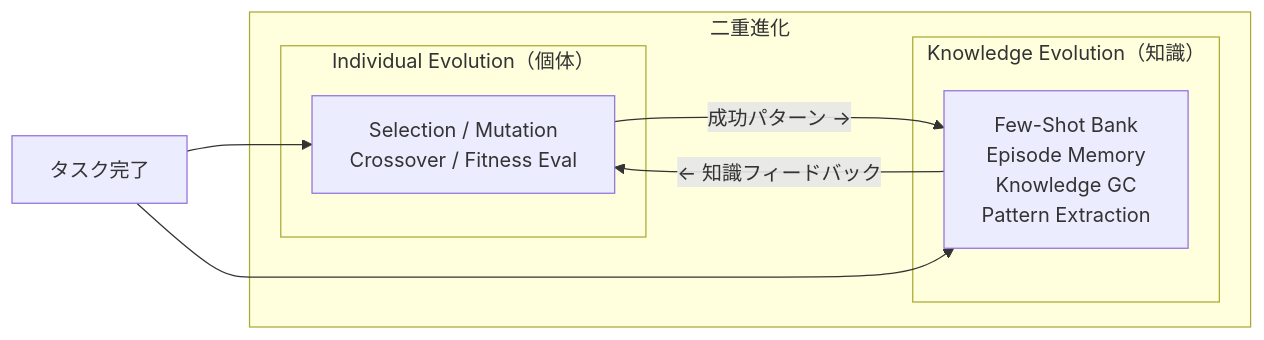
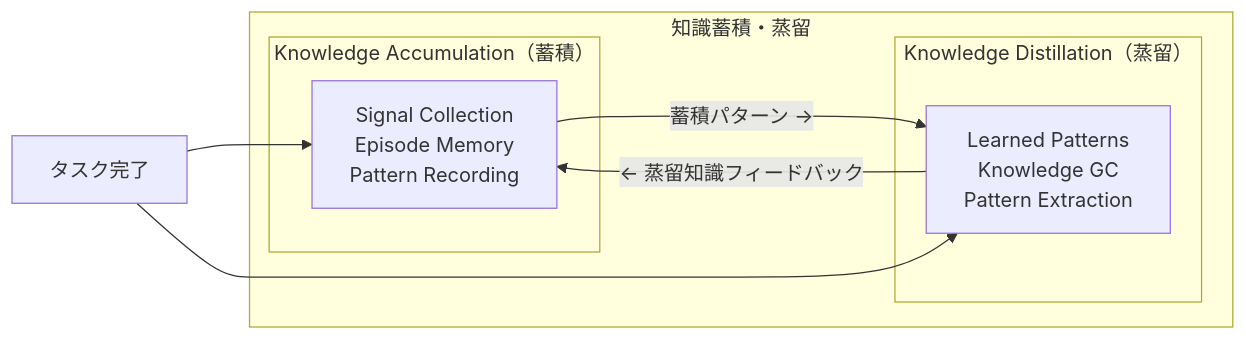
The second of 2 diagrams in docs/design.md (skaji18/tanebi), drawn with Mermaid before and after one commit. The commit also changed other lines of this file and 7 other files, not shown here.

Commit message:
docs: Rebrand TANEBI from persona-evolution to knowledge-accumulation

````diff
--- a/docs/design.md
+++ b/docs/design.md
@@ -605,15 +601,15 @@
 ```mermaid
 graph LR
-    subgraph DualEvo["二重進化"]
-        subgraph IE["Individual Evolution（個体）"]
-            IE_ops["Selection / Mutation<br/>Crossover / Fitness Eval"]
+    subgraph Learning["知識蓄積・蒸留"]
+        subgraph KA["Knowledge Accumulation（蓄積）"]
+            KA_ops["Signal Collection<br/>Episode Memory<br/>Pattern Recording"]
         end
-        subgraph KE["Knowledge Evolution（知識）"]
-            KE_ops["Few-Shot Bank<br/>Episode Memory<br/>Knowledge GC<br/>Pattern Extraction"]
+        subgraph KD["Knowledge Distillation（蒸留）"]
+            KD_ops["Learned Patterns<br/>Knowledge GC<br/>Pattern Extraction"]
         end
-        IE_ops -- "成功パターン →" --> KE_ops
-        KE_ops -- "← 知識フィードバック" --> IE_ops
+        KA_ops -- "蓄積パターン →" --> KD_ops
+        KD_ops -- "← 蒸留知識フィードバック" --> KA_ops
     end
-    TC["タスク完了"] --> IE_ops
-    TC --> KE_ops
+    TC["タスク完了"] --> KA_ops
+    TC --> KD_ops
 ```
````
